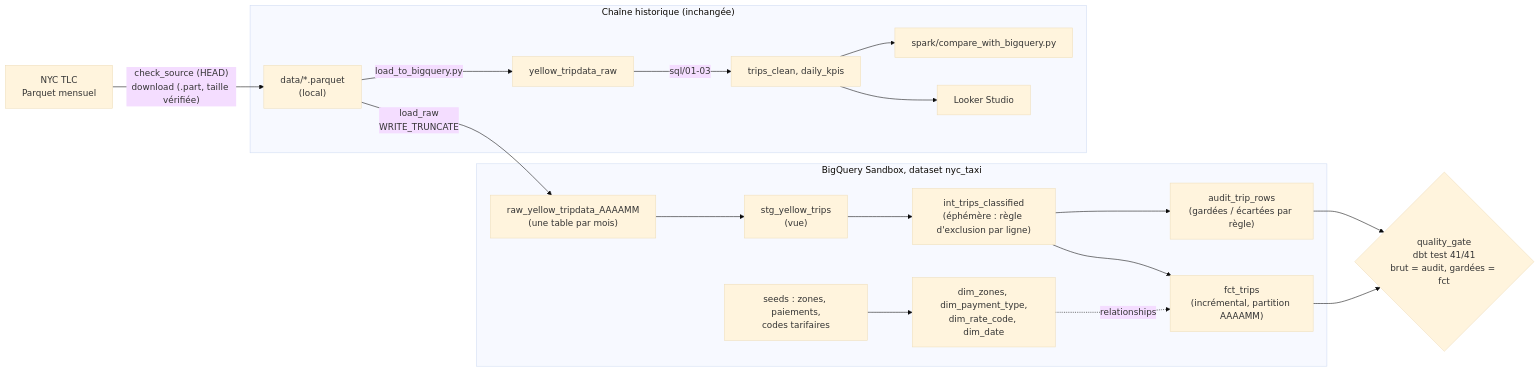
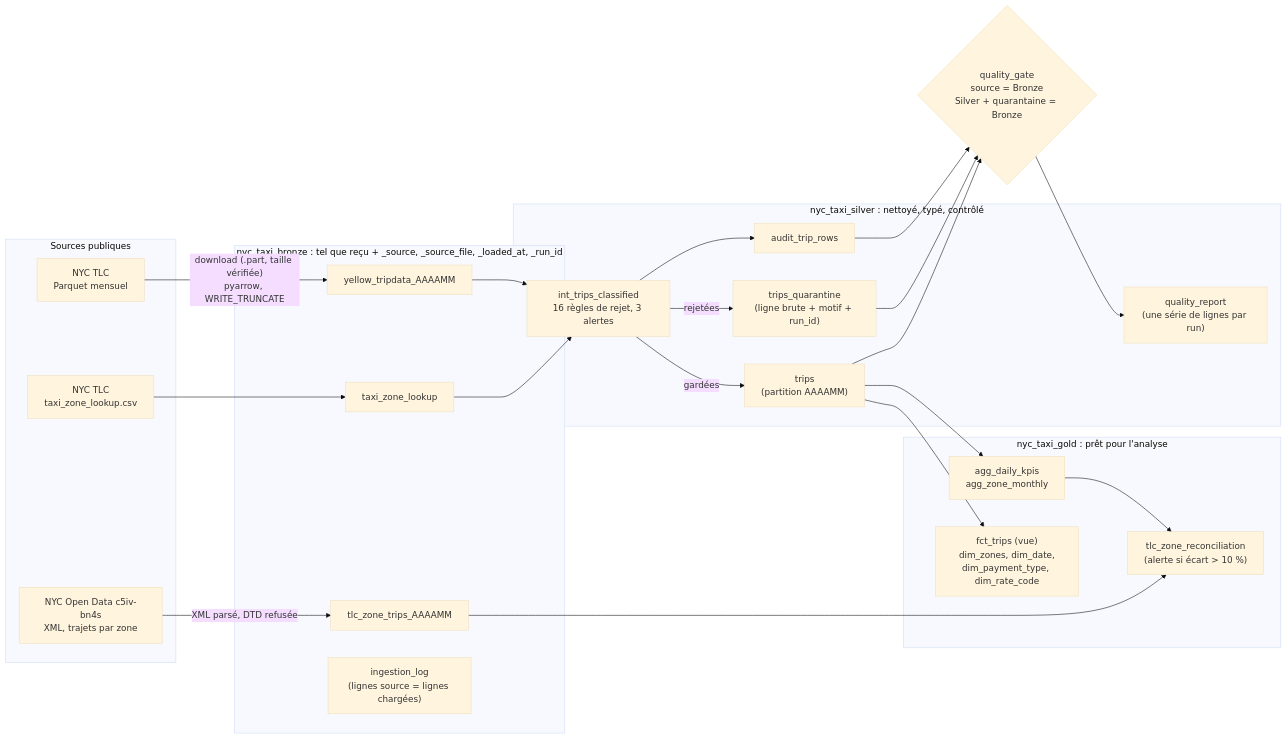
One commit to artichautttt/gcp-taxi-pipeline changed the diagram in README.md. Above: the diagram before and after it, drawn with Mermaid (base theme). The commit also changed other lines of this file and 5 other files, not shown here.

First line of the commit message:
docs: architecture médaillon, exploitation, modèle de données, qualité et reconstruction après expiration

````diff
--- a/README.md
+++ b/README.md
@@ -28,24 +40,46 @@
 ```mermaid
 flowchart LR
-    TLC["NYC TLC<br/>Parquet mensuel"] -->|"check_source (HEAD)<br/>download (.part, taille vérifiée)"| PQ["data/*.parquet<br/>(local)"]
-    PQ -->|"load_raw<br/>WRITE_TRUNCATE"| RAW["raw_yellow_tripdata_AAAAMM<br/>(une table par mois)"]
-
-    subgraph BQ["BigQuery Sandbox, dataset nyc_taxi"]
-        RAW --> STG["stg_yellow_trips<br/>(vue)"]
-        STG --> INT["int_trips_classified<br/>(éphémère : règle d'exclusion par ligne)"]
-        INT --> FCT["fct_trips<br/>(incrémental, partition AAAAMM)"]
-        INT --> AUD["audit_trip_rows<br/>(gardées / écartées par règle)"]
-        SEEDS["seeds : zones, paiements,<br/>codes tarifaires"] --> DIMS["dim_zones, dim_payment_type,<br/>dim_rate_code, dim_date"]
-        DIMS -.->|relationships| FCT
+    subgraph SRC["Sources publiques"]
+        TLC["NYC TLC<br/>Parquet mensuel"]
+        ZCSV["NYC TLC<br/>taxi_zone_lookup.csv"]
+        XML["NYC Open Data c5iv-bn4s<br/>XML, trajets par zone"]
     end
 
-    FCT --> GATE{"quality_gate<br/>dbt test 41/41<br/>brut = audit, gardées = fct"}
-    AUD --> GATE
+    subgraph BRONZE["nyc_taxi_bronze : tel que reçu + _source, _source_file, _loaded_at, _run_id"]
+        BT["yellow_tripdata_AAAAMM"]
+        BZ["taxi_zone_lookup"]
+        BX["tlc_zone_trips_AAAAMM"]
+        LOG["ingestion_log<br/>(lignes source = lignes chargées)"]
+    end
 
-    subgraph LEGACY["Chaîne historique (inchangée)"]
-        PQ -->|"load_to_bigquery.py"| YRAW["yellow_tripdata_raw"]
-        YRAW -->|"sql/01-03"| TC["trips_clean, daily_kpis"]
-        TC --> LOOKER["Looker Studio"]
-        TC --> SPARK["spark/compare_with_bigquery.py"]
+    subgraph SILVER["nyc_taxi_silver : nettoyé, typé, contrôlé"]
+        CLS["int_trips_classified<br/>16 règles de rejet, 3 alertes"]
+        TR["trips<br/>(partition AAAAMM)"]
+        Q["trips_quarantine<br/>(ligne brute + motif + run_id)"]
+        AUD["audit_trip_rows"]
+        QR["quality_report<br/>(une série de lignes par run)"]
     end
+
+    subgraph GOLD["nyc_taxi_gold : prêt pour l'analyse"]
+        FCT["fct_trips (vue)<br/>dim_zones, dim_date,<br/>dim_payment_type, dim_rate_code"]
+        AGG["agg_daily_kpis<br/>agg_zone_monthly"]
+        REC["tlc_zone_reconciliation<br/>(alerte si écart > 10 %)"]
+    end
+
+    TLC -->|"download (.part, taille vérifiée)<br/>pyarrow, WRITE_TRUNCATE"| BT
+    ZCSV --> BZ
+    XML -->|"XML parsé, DTD refusée"| BX
+    BT --> CLS
+    BZ --> CLS
+    CLS -->|gardées| TR
+    CLS -->|rejetées| Q
+    CLS --> AUD
+    TR --> FCT
+    TR --> AGG
+    BX --> REC
+    AGG --> REC
+    AUD --> GATE{"quality_gate<br/>source = Bronze<br/>Silver + quarantaine = Bronze"}
+    TR --> GATE
+    Q --> GATE
+    GATE --> QR
 ```
````
